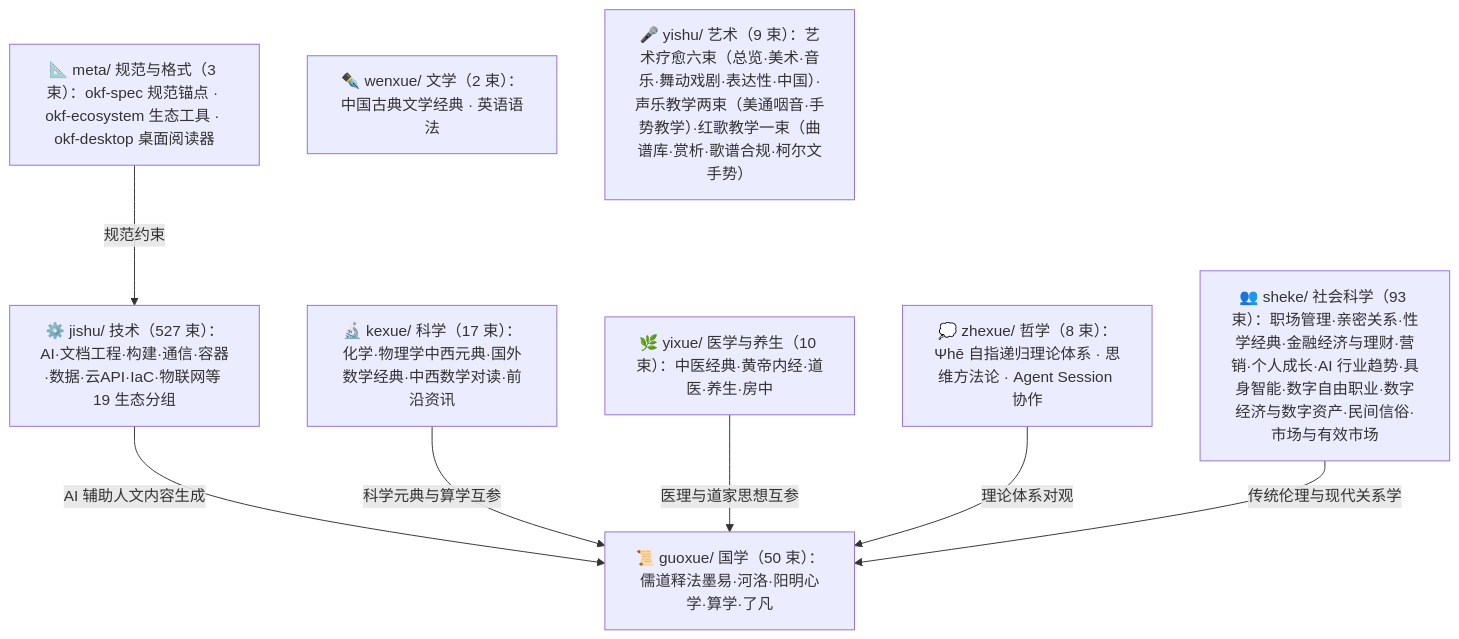
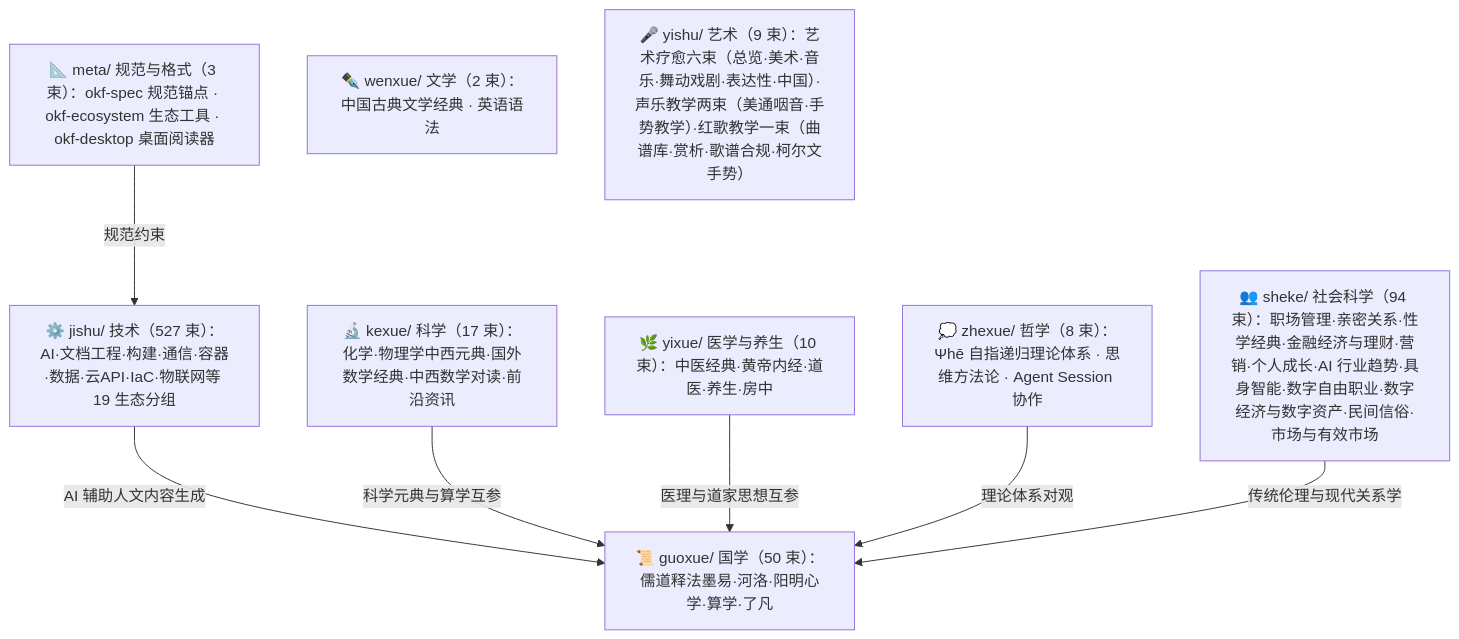
One commit to awesome-flexloop/awesome-okf changed the diagram in doc/bundles/index.md. Above: the diagram before and after it, drawn with Mermaid. The commit also changed other lines of this file and 21 other files, not shown here.

````diff
--- a/doc/bundles/index.md
+++ b/doc/bundles/index.md
@@ -21,18 +21,18 @@
 ```mermaid
 flowchart TD
     meta["📐 meta/ 规范与格式（3 束）：okf-spec 规范锚点 · okf-ecosystem 生态工具 · okf-desktop 桌面阅读器"]
     guoxue["📜 guoxue/ 国学（50 束）：儒道释法墨易·河洛·阳明心学·算学·了凡"]
     zhexue["💭 zhexue/ 哲学（8 束）：Ψhē 自指递归理论体系 · 思维方法论 · Agent Session 协作"]
     kexue["🔬 kexue/ 科学（17 束）：化学·物理学中西元典·国外数学经典·中西数学对读·前沿资讯"]
     wenxue["✒️ wenxue/ 文学（2 束）：中国古典文学经典 · 英语语法"]
     yixue["🌿 yixue/ 医学与养生（10 束）：中医经典·黄帝内经·道医·养生·房中"]
-    sheke["👥 sheke/ 社会科学（93 束）：职场管理·亲密关系·性学经典·金融经济与理财·营销·个人成长·AI 行业趋势·具身智能·数字自由职业·数字经济与数字资产·民间信俗·市场与有效市场"]
+    sheke["👥 sheke/ 社会科学（94 束）：职场管理·亲密关系·性学经典·金融经济与理财·营销·个人成长·AI 行业趋势·具身智能·数字自由职业·数字经济与数字资产·民间信俗·市场与有效市场"]
     yishu["🎤 yishu/ 艺术（9 束）：艺术疗愈六束（总览·美术·音乐·舞动戏剧·表达性·中国）·声乐教学两束（美通咽音·手势教学）·红歌教学一束（曲谱库·赏析·歌谱合规·柯尔文手势）"]
     jishu["⚙️ jishu/ 技术（527 束）：AI·文档工程·构建·通信·容器·数据·云API·IaC·物联网等 19 生态分组"]
     meta -->|"规范约束"| jishu
     jishu -->|"AI 辅助人文内容生成"| guoxue
     kexue -->|"科学元典与算学互参"| guoxue
     yixue -->|"医理与道家思想互参"| guoxue
     zhexue -->|"理论体系对观"| guoxue
     sheke -->|"传统伦理与现代关系学"| guoxue
 ```
````
